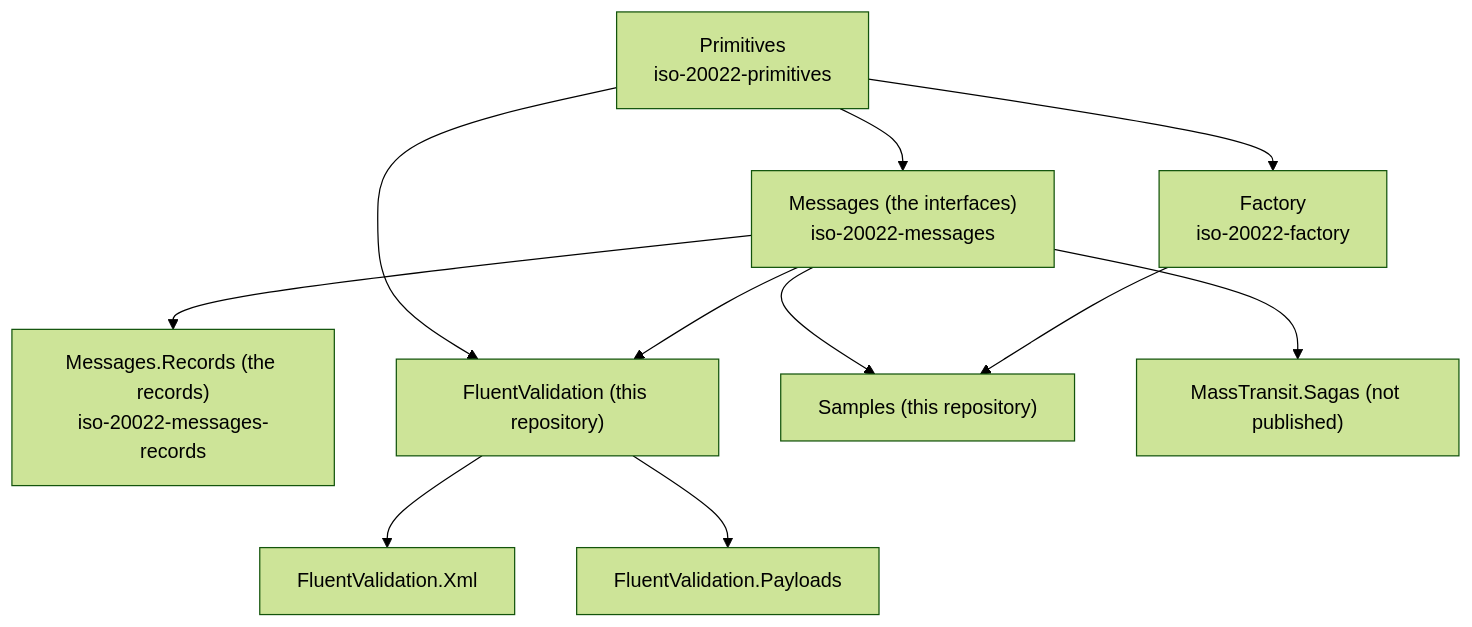
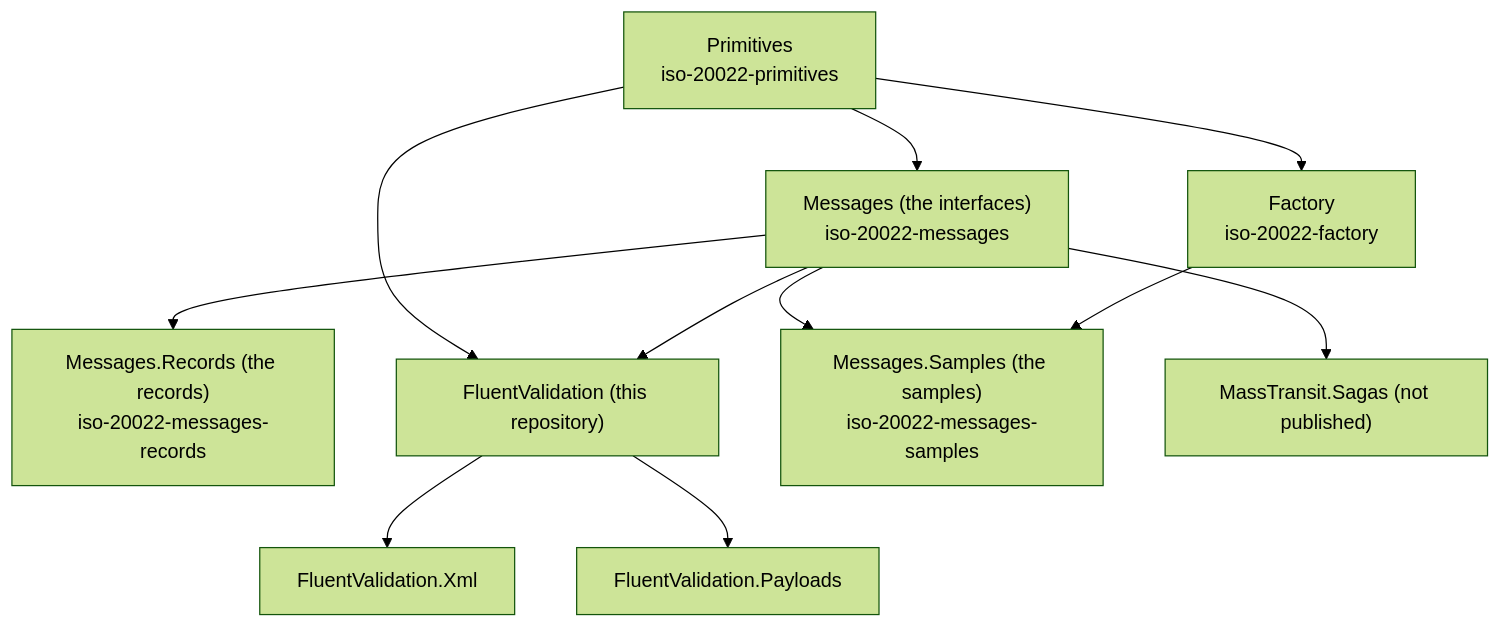
Before and after one commit to Beneficial-Strategies/Iso20022Library: the diagram in doc/Package-Dependencies.md, drawn with Mermaid (forest theme). The commit also changed other lines of this file and 115 other files, not shown here.

First line of the commit message:
Use the published Messages.Samples package; the samples leave this repository (#110)

````diff
--- a/doc/Package-Dependencies.md
+++ b/doc/Package-Dependencies.md
@@ -5,13 +5,13 @@
 ```mermaid
 flowchart TD
     P["Primitives<br/>iso-20022-primitives"] --> F["Factory<br/>iso-20022-factory"]
     P --> M["Messages (the interfaces)<br/>iso-20022-messages"]
     M --> R["Messages.Records (the records)<br/>iso-20022-messages-records"]
     M --> V["FluentValidation (this repository)"]
     P --> V
     V --> X["FluentValidation.Xml"]
     V --> L["FluentValidation.Payloads"]
-    F --> S["Samples (this repository)"]
+    F --> S["Messages.Samples (the samples)<br/>iso-20022-messages-samples"]
     M --> S
     M --> G["MassTransit.Sagas (not published)"]
 ```
````
